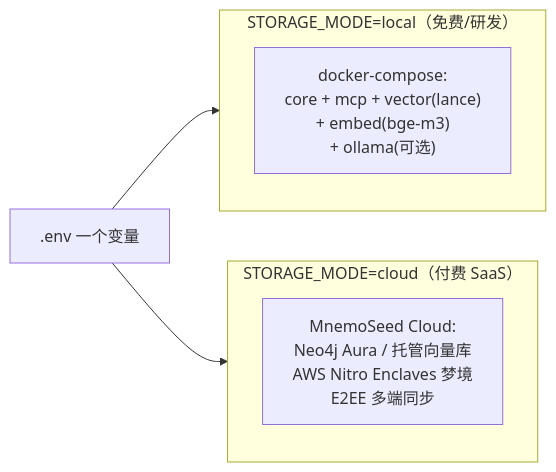
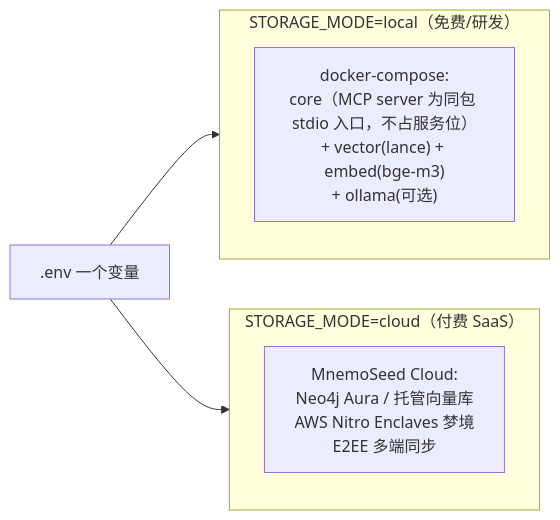
The second of 2 diagrams in docs/design/00-总览与设计哲学.md (MnemoSeed/mnemoseed), drawn with Mermaid before and after one commit. The commit also changed other lines of this file and 4 other files, not shown here.

Commit message:
docs: MCP gateway is a Python stdio adapter inside core, not a Node service

````diff
--- a/docs/design/00-总览与设计哲学.md
+++ b/docs/design/00-总览与设计哲学.md
@@ -113,11 +115,11 @@
 ```mermaid
 flowchart LR
     subgraph Local["STORAGE_MODE=local（免费/研发）"]
-        L1["docker-compose:<br/>core + mcp + vector(lance)<br/>+ embed(bge-m3)<br/>+ ollama(可选)"]
+        L1["docker-compose:<br/>core（MCP server 为同包 stdio 入口，不占服务位）<br/>+ vector(lance) + embed(bge-m3)<br/>+ ollama(可选)"]
     end
     subgraph Cloud["STORAGE_MODE=cloud（付费 SaaS）"]
         C1["MnemoSeed Cloud:<br/>Neo4j Aura / 托管向量库<br/>AWS Nitro Enclaves 梦境<br/>E2EE 多端同步"]
     end
     Env[".env 一个变量"] --> Local
     Env --> Cloud
 ```
````
